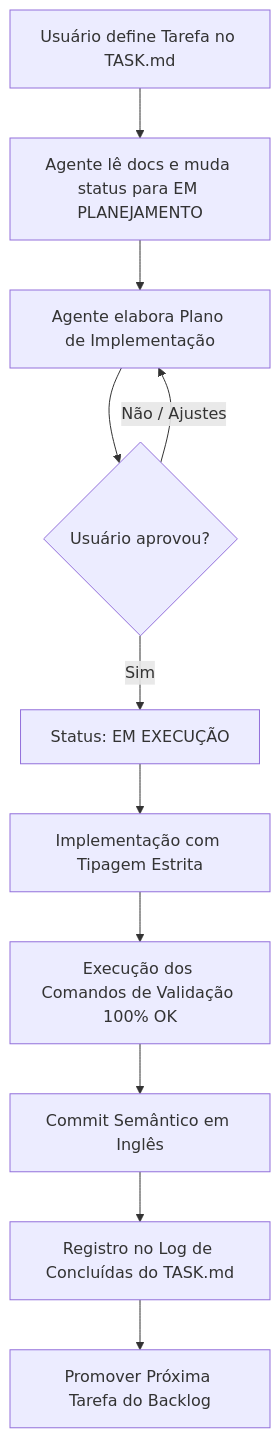
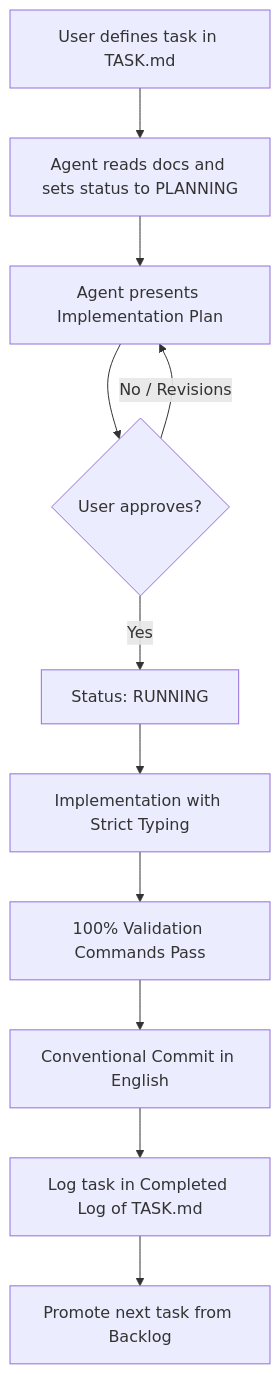
The diagram in README.md (ye-sandbox/template-agent), drawn with Mermaid before and after one commit. The commit also changed other lines of this file and 11 other files, not shown here.

````diff
--- a/README.md
+++ b/README.md
@@ -83,13 +85,13 @@
 ```mermaid
 graph TD
-    A[Usuário define Tarefa no TASK.md] --> B[Agente lê docs e muda status para EM PLANEJAMENTO]
-    B --> C[Agente elabora Plano de Implementação]
-    C --> D{Usuário aprovou?}
-    D -- Não / Ajustes --> C
-    D -- Sim --> E[Status: EM EXECUÇÃO]
-    E --> F[Implementação com Tipagem Estrita]
-    F --> G[Execução dos Comandos de Validação 100% OK]
-    G --> H[Commit Semântico em Inglês]
-    H --> I[Registro no Log de Concluídas do TASK.md]
-    I --> J[Promover Próxima Tarefa do Backlog]
+    A[User defines task in TASK.md] --> B[Agent reads docs and sets status to PLANNING]
+    B --> C[Agent presents Implementation Plan]
+    C --> D{User approves?}
+    D -- No / Revisions --> C
+    D -- Yes --> E[Status: RUNNING]
+    E --> F[Implementation with Strict Typing]
+    F --> G[100% Validation Commands Pass]
+    G --> H[Conventional Commit in English]
+    H --> I[Log task in Completed Log of TASK.md]
+    I --> J[Promote next task from Backlog]
 ```
````
